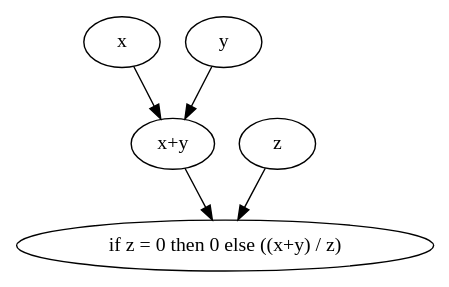
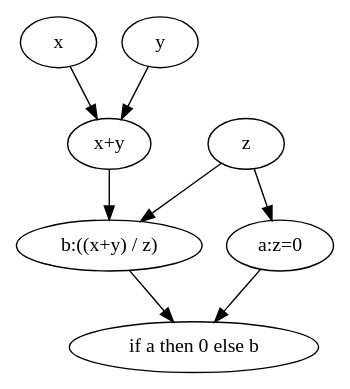
Before and after one commit to hhughes/ocaml-frui: the diagram in doc/report/graphs/if.dot, drawn with Graphviz. The commit also changed 5 other files, not shown here.

```diff
--- a/doc/report/graphs/if.dot
+++ b/doc/report/graphs/if.dot
@@ -1,13 +1,18 @@
 digraph if {
 X [label="x"]
 Y [label="y"]
 Z [label="z"]
 
 E1 [label="x+y"]
-E2 [label="if z = 0 then 0 else ((x+y) / z)"]
+E2 [label="a:z=0"]
+E3 [label="b:((x+y) / z)"]
+R1 [label="if a then 0 else b"]
 
 X->E1
 Y->E1
 Z->E2
-E1->E2
+E1->E3
+Z->E3
+E2->R1
+E3->R1
 }
```
